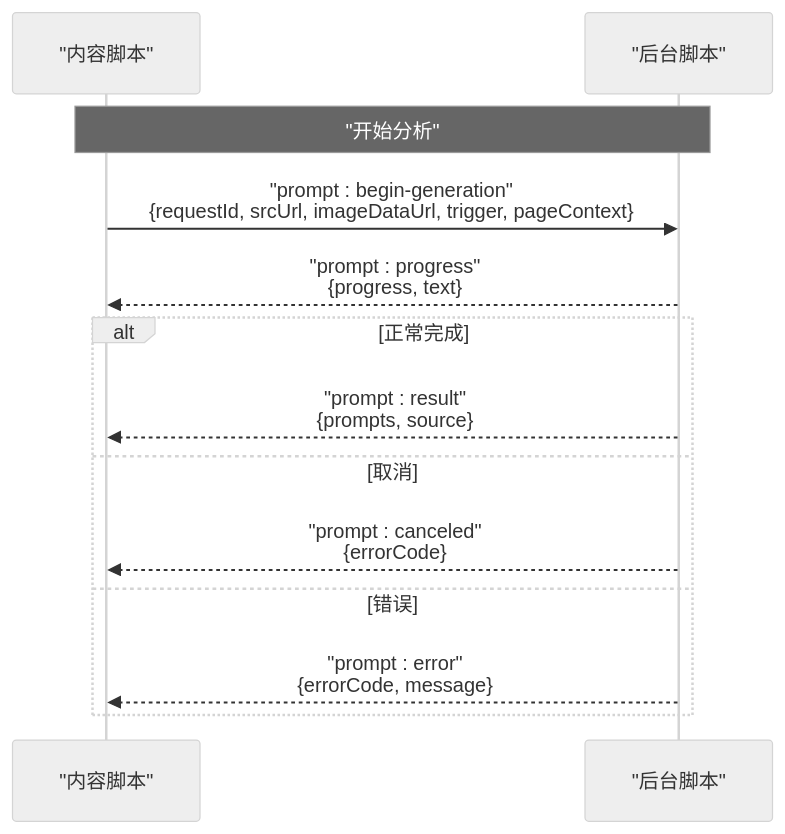
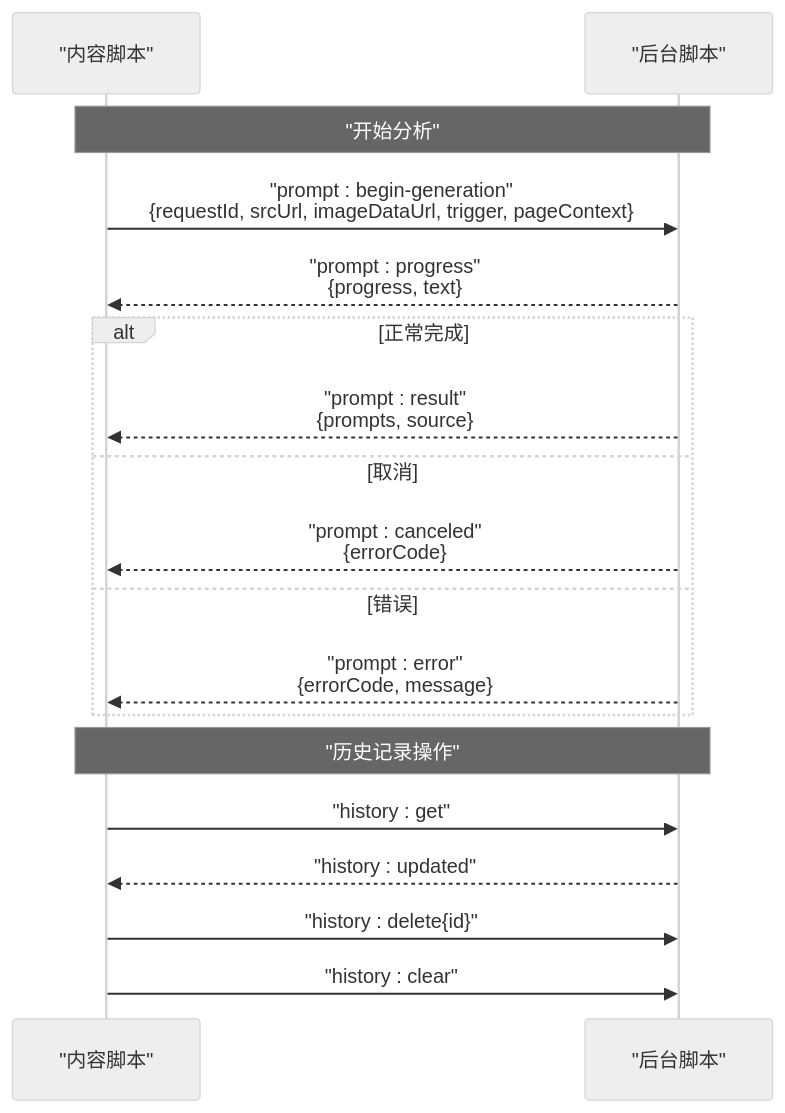
The fourth of 6 diagrams in .qoder/repowiki/zh/content/技术架构/核心模块分析/内容脚本模块 (content.js).md (binasi/Img2Prompt), drawn with Mermaid (neutral theme) before and after one commit. The commit also changed other lines of this file and 11 other files, not shown here.

````diff
--- a/.qoder/repowiki/zh/content/技术架构/核心模块分析/内容脚本模块 (content.js).md
+++ b/.qoder/repowiki/zh/content/技术架构/核心模块分析/内容脚本模块 (content.js).md
@@ -260,15 +289,20 @@
 ```mermaid
 sequenceDiagram
 participant CS as "内容脚本"
 participant BG as "后台脚本"
 Note over CS,BG : "开始分析"
 CS->>BG : "prompt : begin-generation"<br/>{requestId, srcUrl, imageDataUrl, trigger, pageContext}
 BG-->>CS : "prompt : progress"<br/>{progress, text}
 alt 正常完成
 BG-->>CS : "prompt : result"<br/>{prompts, source}
 else 取消
 BG-->>CS : "prompt : canceled"<br/>{errorCode}
 else 错误
 BG-->>CS : "prompt : error"<br/>{errorCode, message}
 end
+Note over CS,BG : "历史记录操作"
+CS->>BG : "history : get"
+BG-->>CS : "history : updated"
+CS->>BG : "history : delete{id}"
+CS->>BG : "history : clear"
 ```
````
